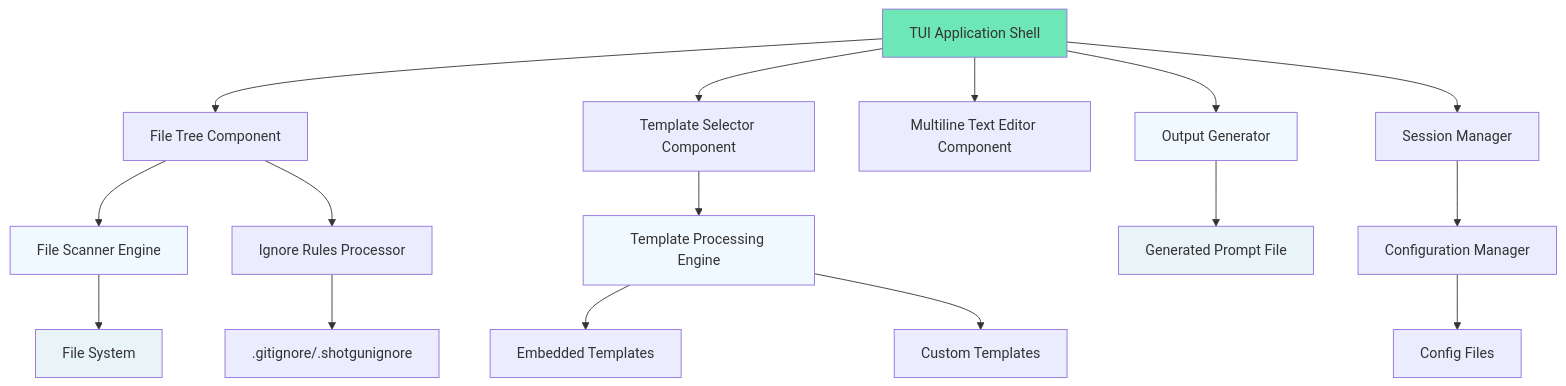
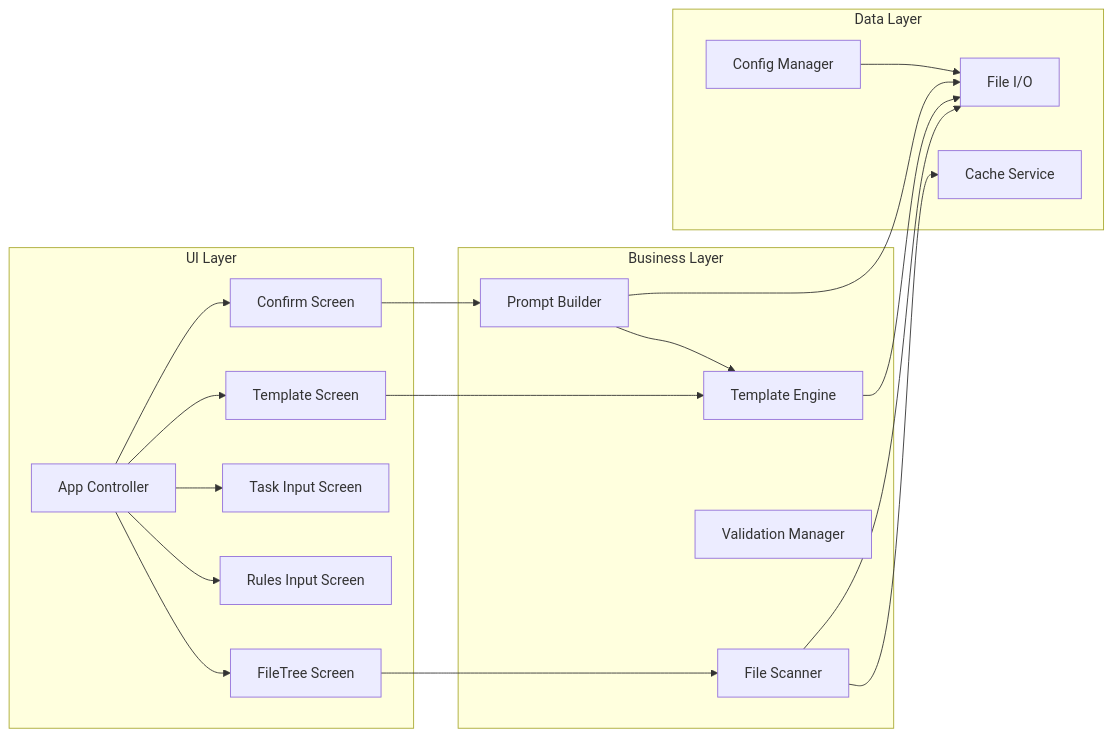
One commit to quantmind-br/shotgun changed the second of 4 diagrams in docs/architecture.md. Above: the diagram before and after it, drawn with Mermaid. The commit also changed other lines of this file and 67 other files, not shown here.

````diff
--- a/docs/architecture.md
+++ b/docs/architecture.md
@@ -502,30 +326,42 @@
 ```mermaid
-graph TB
-    A[TUI Application Shell] --> B[File Tree Component]
-    A --> C[Template Selector Component]
-    A --> D[Multiline Text Editor Component]
-    A --> E[Session Manager]
+graph LR
+    subgraph "UI Layer"
+        App[App Controller]
+        FT[FileTree Screen]
+        TS[Template Screen]
+        TI[Task Input Screen]
+        RI[Rules Input Screen]
+        CF[Confirm Screen]
+    end
     
-    B --> F[File Scanner Engine]
-    B --> G[Ignore Rules Processor]
+    subgraph "Business Layer"
+        FS[File Scanner]
+        TE[Template Engine]
+        PB[Prompt Builder]
+        VM[Validation Manager]
+    end
     
-    C --> H[Template Processing Engine]
+    subgraph "Data Layer"
+        FileIO[File I/O]
+        Config[Config Manager]
+        Cache[Cache Service]
+    end
     
-    F --> I[File System]
-    G --> J[.gitignore/.shotgunignore]
-    H --> K[Embedded Templates]
-    H --> L[Custom Templates]
+    App --> FT
+    App --> TS
+    App --> TI
+    App --> RI
+    App --> CF
     
-    A --> M[Output Generator]
-    M --> N[Generated Prompt File]
+    FT --> FS
+    TS --> TE
+    CF --> PB
     
-    E --> O[Configuration Manager]
-    O --> P[Config Files]
+    FS --> FileIO
+    FS --> Cache
+    TE --> FileIO
+    PB --> FileIO
+    PB --> TE
     
-    style A fill:#6ee7b7
-    style F fill:#f0f9ff
-    style H fill:#f0f9ff
-    style M fill:#f0f9ff
-    style I fill:#e8f4f8
-    style N fill:#e8f4f8
+    Config --> FileIO
 ```
````
